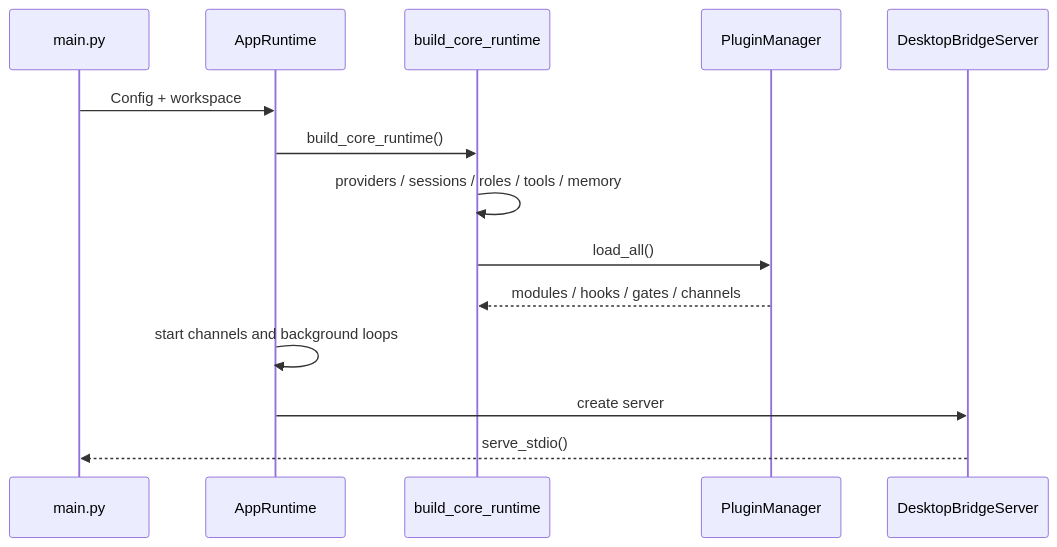
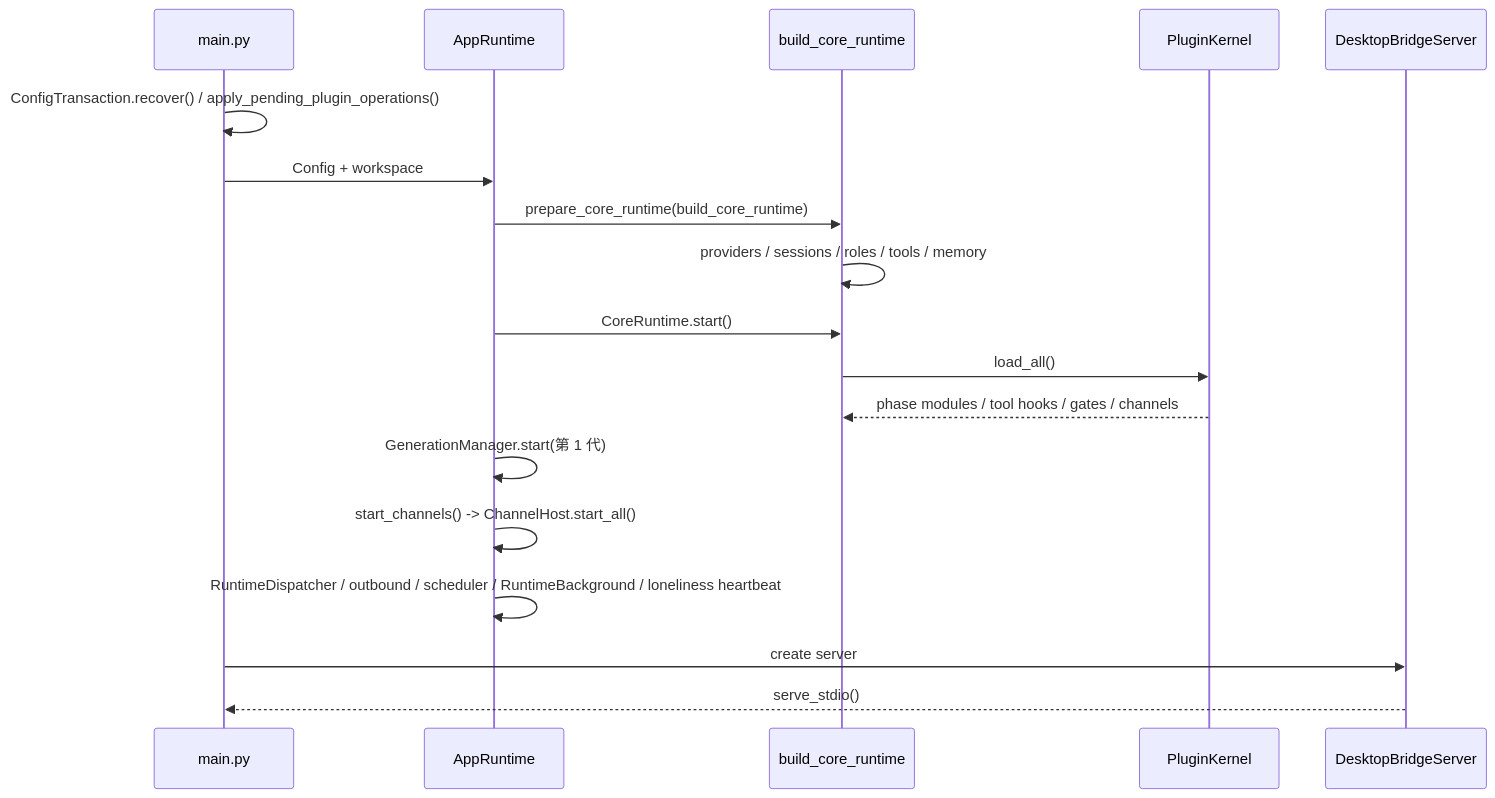
The first of 2 diagrams in docs/knowledge/flows/startup-and-shutdown.md (YinFengWindy/Shiori-Agent), drawn with Mermaid before and after one commit. The commit also changed other lines of this file and 31 other files, not shown here.

````diff
--- a/docs/knowledge/flows/startup-and-shutdown.md
+++ b/docs/knowledge/flows/startup-and-shutdown.md
@@ -13,16 +23,20 @@
 ```mermaid
 sequenceDiagram
   participant Main as main.py
   participant App as AppRuntime
   participant Core as build_core_runtime
-  participant Plugin as PluginManager
+  participant Plugin as PluginKernel
   participant Bridge as DesktopBridgeServer
+  Main->>Main: ConfigTransaction.recover() / apply_pending_plugin_operations()
   Main->>App: Config + workspace
-  App->>Core: build_core_runtime()
+  App->>Core: prepare_core_runtime(build_core_runtime)
   Core->>Core: providers / sessions / roles / tools / memory
+  App->>Core: CoreRuntime.start()
   Core->>Plugin: load_all()
-  Plugin-->>Core: modules / hooks / gates / channels
-  App->>App: start channels and background loops
-  App->>Bridge: create server
+  Plugin-->>Core: phase modules / tool hooks / gates / channels
+  App->>App: GenerationManager.start(第 1 代)
+  App->>App: start_channels() -> ChannelHost.start_all()
+  App->>App: RuntimeDispatcher / outbound / scheduler / RuntimeBackground / loneliness heartbeat
+  Main->>Bridge: create server
   Bridge-->>Main: serve_stdio()
 ```
````
